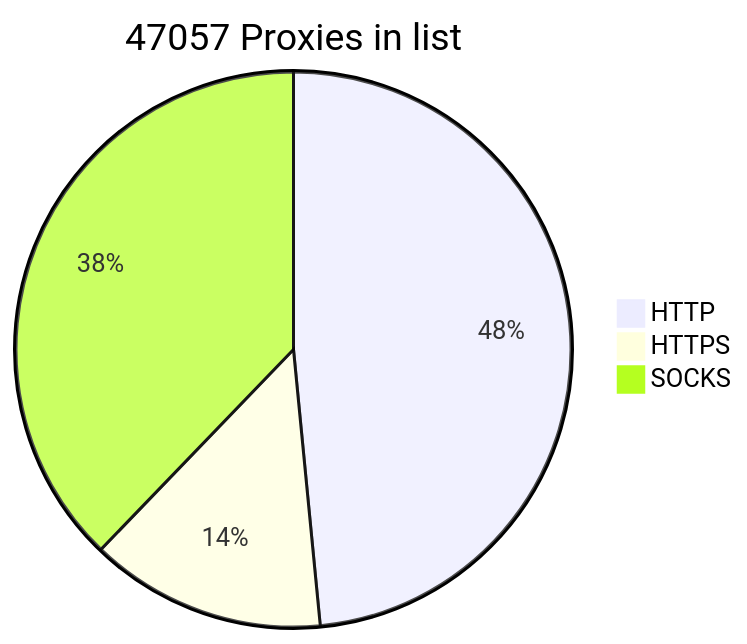
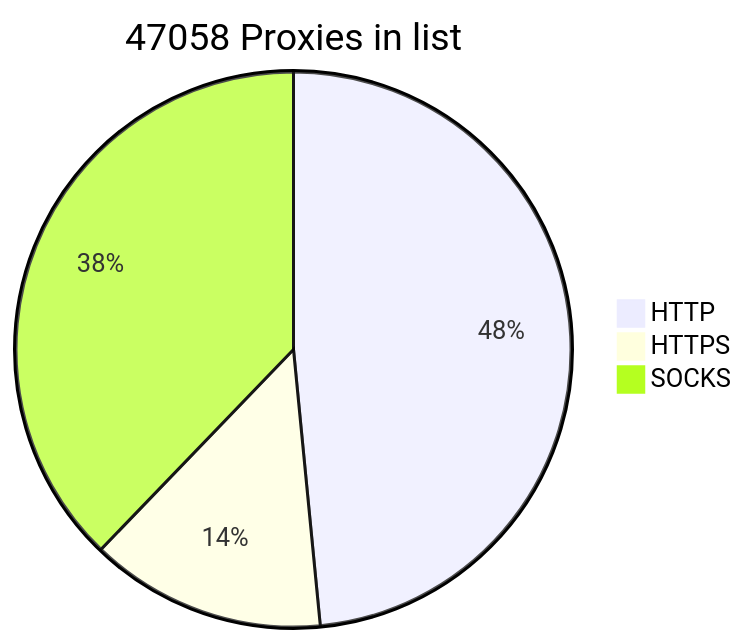
The diagram in README.md (BlackSnowDot/proxylist-update-every-minute), drawn with Mermaid before and after one commit.

````diff
--- a/README.md
+++ b/README.md
@@ -2,6 +2,6 @@
 ```mermaid
-pie title 47057 Proxies in list
+pie title 47058 Proxies in list
     "HTTP" : 25445
     "HTTPS": 7214
-    "SOCKS" : 19847
+    "SOCKS" : 19848
 ```
````
